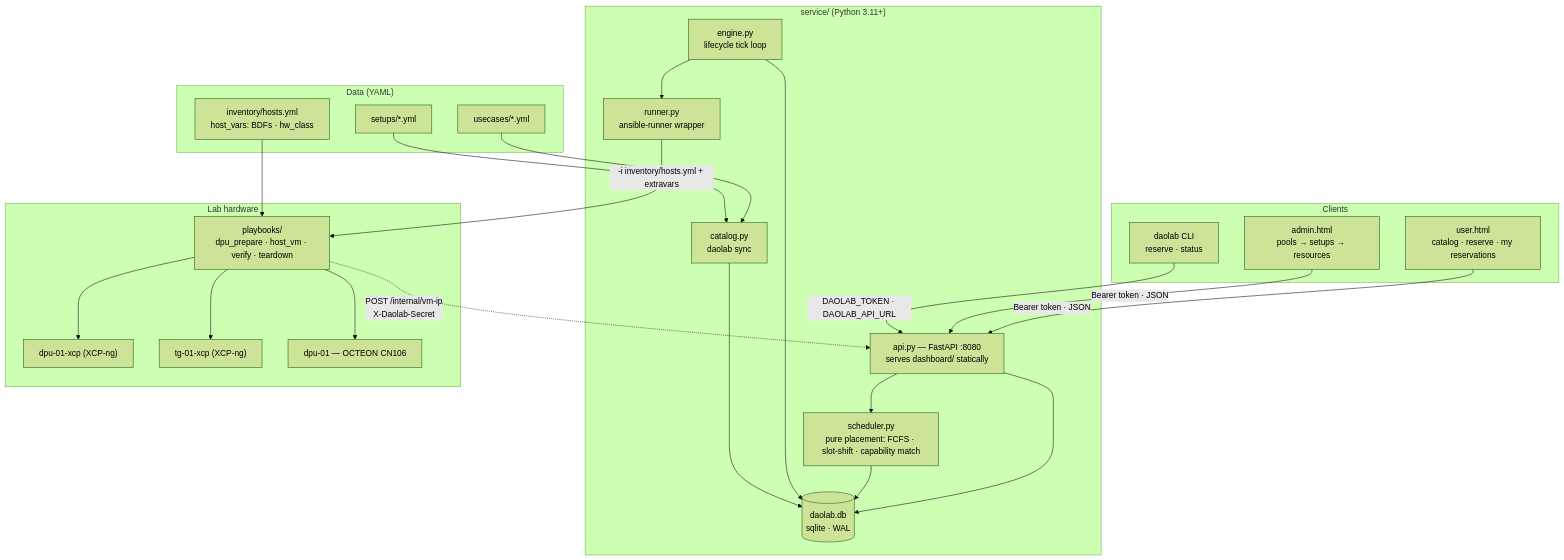
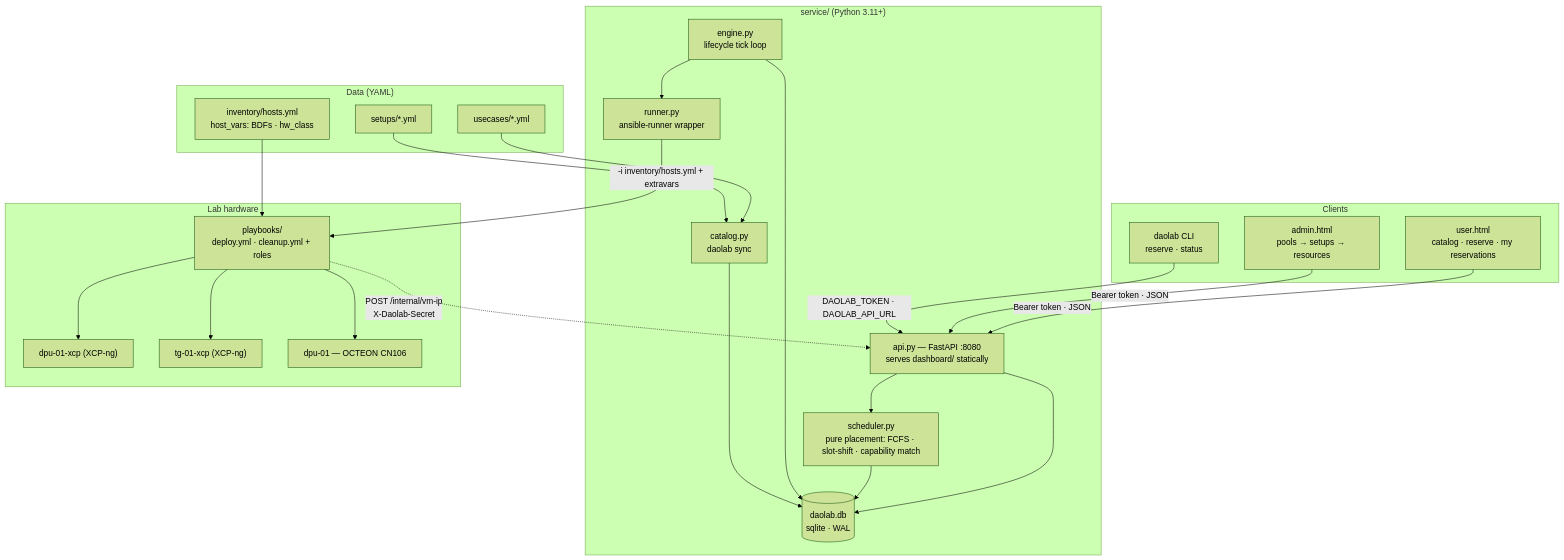
One commit to hrushikesh-sam/dao-lab-selfserve changed the diagram in plan/README.md. Above: the diagram before and after it, drawn with Mermaid (forest theme). The commit also changed other lines of this file and 9 other files, not shown here.

````diff
--- a/plan/README.md
+++ b/plan/README.md
@@ -54,48 +53,48 @@
 ```mermaid
 graph TD
     subgraph clients["Clients"]
         UH["user.html<br/>catalog · reserve · my reservations"]
         AH["admin.html<br/>pools → setups → resources"]
         CLI["daolab CLI<br/>reserve · status"]
     end
 
     subgraph svc["service/ (Python 3.11+)"]
         API["api.py — FastAPI :8080<br/>serves dashboard/ statically"]
         SCH["scheduler.py<br/>pure placement: FCFS · slot-shift · capability match"]
         ENG["engine.py<br/>lifecycle tick loop"]
         RUN["runner.py<br/>ansible-runner wrapper"]
         CAT["catalog.py<br/>daolab sync"]
         DB[("daolab.db<br/>sqlite · WAL")]
     end
 
     subgraph data["Data (YAML)"]
         UC["usecases/*.yml"]
         SU["setups/*.yml"]
         INV["inventory/hosts.yml<br/>host_vars: BDFs · hw_class"]
     end
 
     subgraph lab["Lab hardware"]
-        PB["playbooks/<br/>dpu_prepare · host_vm · verify · teardown"]
+        PB["playbooks/<br/>deploy.yml · cleanup.yml + roles"]
         DX["dpu-01-xcp (XCP-ng)"]
         TX["tg-01-xcp (XCP-ng)"]
         OC["dpu-01 — OCTEON CN106"]
     end
 
     UH -->|"Bearer token · JSON"| API
     AH -->|"Bearer token · JSON"| API
     CLI -->|"DAOLAB_TOKEN · DAOLAB_API_URL"| API
     API --> SCH
     API --> DB
     SCH --> DB
     ENG --> DB
     ENG --> RUN
     UC --> CAT
     SU --> CAT
     CAT --> DB
     RUN -->|"-i inventory/hosts.yml + extravars"| PB
     INV --> PB
     PB --> DX
     PB --> TX
     PB --> OC
     PB -.->|"POST /internal/vm-ip<br/>X-Daolab-Secret"| API
 ```
````
